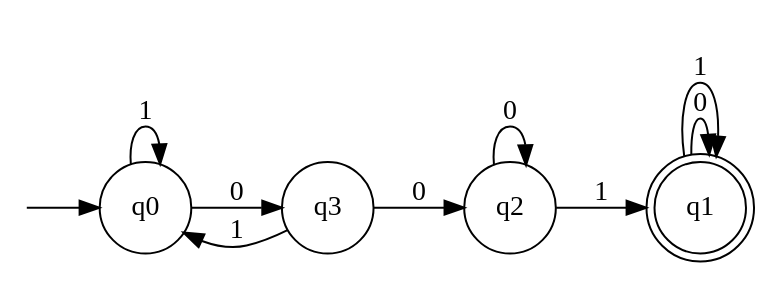
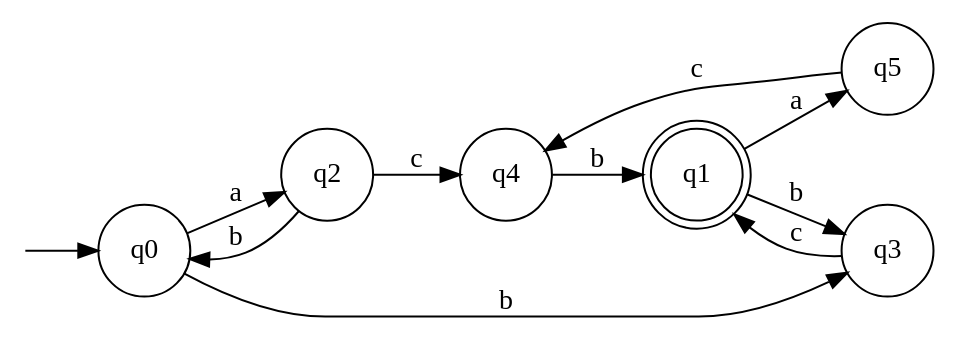
One commit to water-mizuu/finite_automata_conversion changed the diagram in dfa_m.dot. Above: the diagram before and after it, drawn with Graphviz. The commit also changed 9 other files, not shown here.

```diff
--- a/dfa_m.dot
+++ b/dfa_m.dot
@@ -1,17 +1,20 @@
 digraph G {
   rankdir=LR;
   n__ [label="" shape=none width=.0];
   0 [shape=circle label="q0"];
   1 [shape=doublecircle label="q1"];
   2 [shape=circle label="q2"];
   3 [shape=circle label="q3"];
+  4 [shape=circle label="q4"];
+  5 [shape=circle label="q5"];
   n__ -> 0;
-  0 -> 3 [label="0"];
-  0 -> 0 [label="1"];
-  3 -> 2 [label="0"];
-  3 -> 0 [label="1"];
-  2 -> 2 [label="0"];
-  2 -> 1 [label="1"];
-  1 -> 1 [label="0"];
-  1 -> 1 [label="1"];
+  0 -> 2 [label="a"];
+  0 -> 3 [label="b"];
+  2 -> 0 [label="b"];
+  2 -> 4 [label="c"];
+  3 -> 1 [label="c"];
+  4 -> 1 [label="b"];
+  1 -> 5 [label="a"];
+  1 -> 3 [label="b"];
+  5 -> 4 [label="c"];
 }
```
